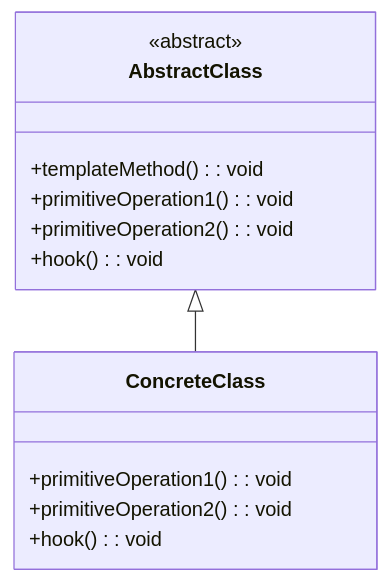
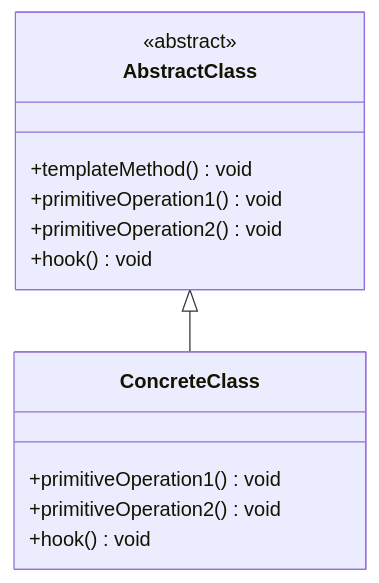
One commit to chihhung/Blog changed diagram 19 of 29 in content/posts/教學/分析與設計/Design Pattern教學.md. Above: the diagram before and after it, drawn with Mermaid. The commit also changed other lines of this file and 5 other files, not shown here.

````diff
--- a/content/posts/教學/分析與設計/Design Pattern教學.md
+++ b/content/posts/教學/分析與設計/Design Pattern教學.md
@@ -4437,18 +4437,18 @@
 ```mermaid
 classDiagram
     class AbstractClass {
         <<abstract>>
-        +templateMethod(): void
-        +primitiveOperation1(): void
-        +primitiveOperation2(): void
-        +hook(): void
+        +templateMethod() void
+        +primitiveOperation1() void
+        +primitiveOperation2() void
+        +hook() void
     }
     
     class ConcreteClass {
-        +primitiveOperation1(): void
-        +primitiveOperation2(): void
-        +hook(): void
+        +primitiveOperation1() void
+        +primitiveOperation2() void
+        +hook() void
     }
     
     AbstractClass <|-- ConcreteClass
 ```
````
